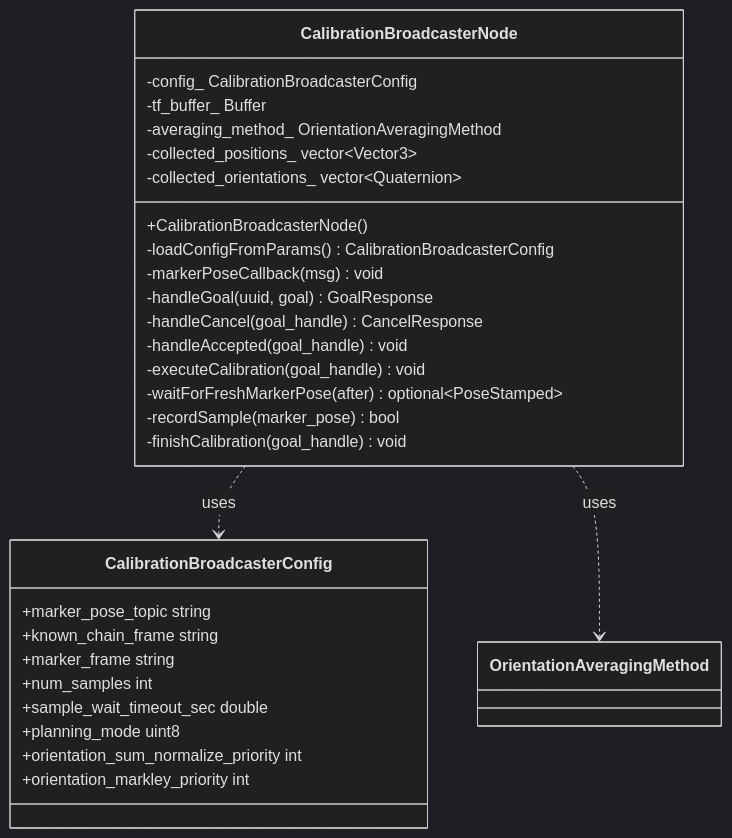
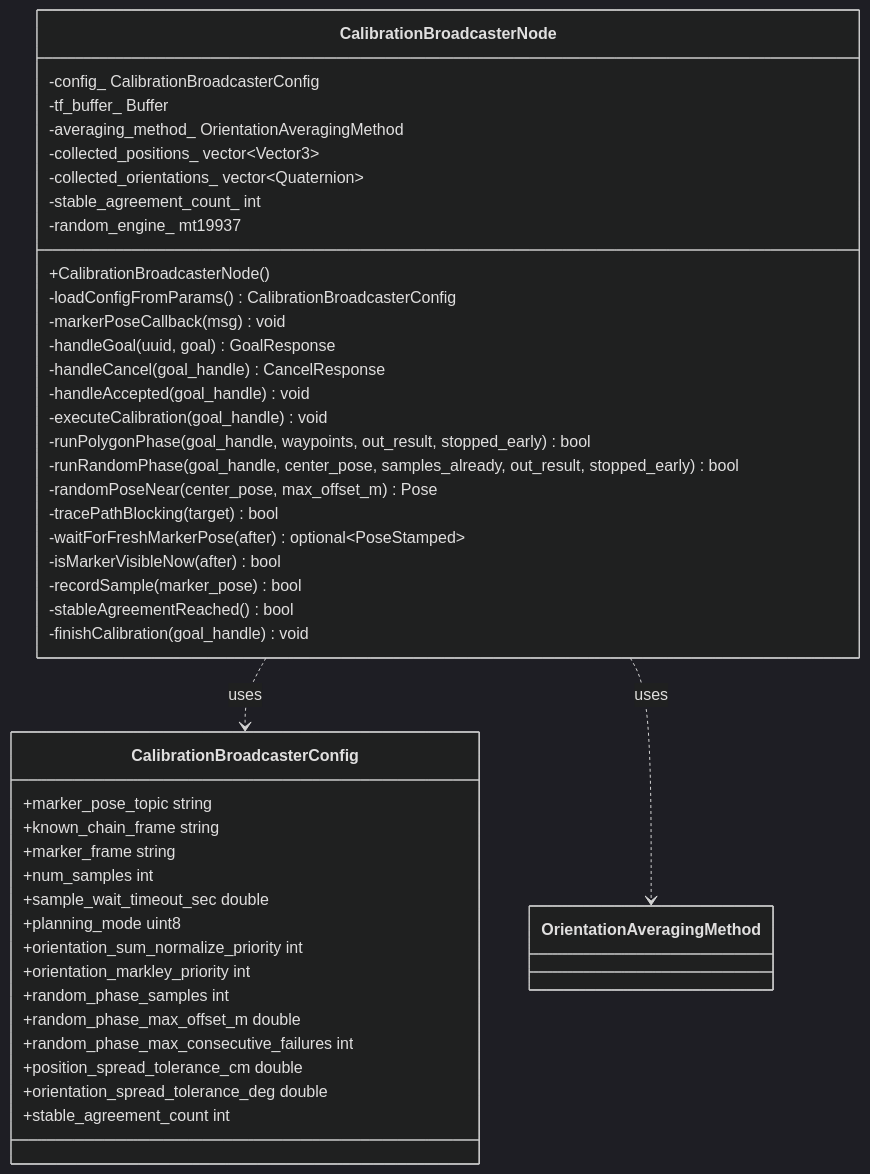
One commit to tesarect/aruco_visual_calibration changed the fourth of 5 diagrams in resources/docs/class_docs/aruco_perception.md. Above: the diagram before and after it, drawn with Mermaid (dark theme). The commit also changed other lines of this file and 109 other files, not shown here.

````diff
--- a/resources/docs/class_docs/aruco_perception.md
+++ b/resources/docs/class_docs/aruco_perception.md
@@ -205,32 +242,46 @@
 ```mermaid
 classDiagram
     class CalibrationBroadcasterNode {
         +CalibrationBroadcasterNode()
         -loadConfigFromParams() CalibrationBroadcasterConfig
         -markerPoseCallback(msg) void
         -handleGoal(uuid, goal) GoalResponse
         -handleCancel(goal_handle) CancelResponse
         -handleAccepted(goal_handle) void
         -executeCalibration(goal_handle) void
+        -runPolygonPhase(goal_handle, waypoints, out_result, stopped_early) bool
+        -runRandomPhase(goal_handle, center_pose, samples_already, out_result, stopped_early) bool
+        -randomPoseNear(center_pose, max_offset_m) Pose
+        -tracePathBlocking(target) bool
         -waitForFreshMarkerPose(after) optional~PoseStamped~
+        -isMarkerVisibleNow(after) bool
         -recordSample(marker_pose) bool
+        -stableAgreementReached() bool
         -finishCalibration(goal_handle) void
         -config_ CalibrationBroadcasterConfig
         -tf_buffer_ Buffer
         -averaging_method_ OrientationAveragingMethod
         -collected_positions_ vector~Vector3~
         -collected_orientations_ vector~Quaternion~
+        -stable_agreement_count_ int
+        -random_engine_ mt19937
     }
     class CalibrationBroadcasterConfig {
         +marker_pose_topic string
         +known_chain_frame string
         +marker_frame string
         +num_samples int
         +sample_wait_timeout_sec double
         +planning_mode uint8
         +orientation_sum_normalize_priority int
         +orientation_markley_priority int
+        +random_phase_samples int
+        +random_phase_max_offset_m double
+        +random_phase_max_consecutive_failures int
+        +position_spread_tolerance_cm double
+        +orientation_spread_tolerance_deg double
+        +stable_agreement_count int
     }
     CalibrationBroadcasterNode ..> CalibrationBroadcasterConfig : uses
     CalibrationBroadcasterNode ..> OrientationAveragingMethod : uses
 ```
````
